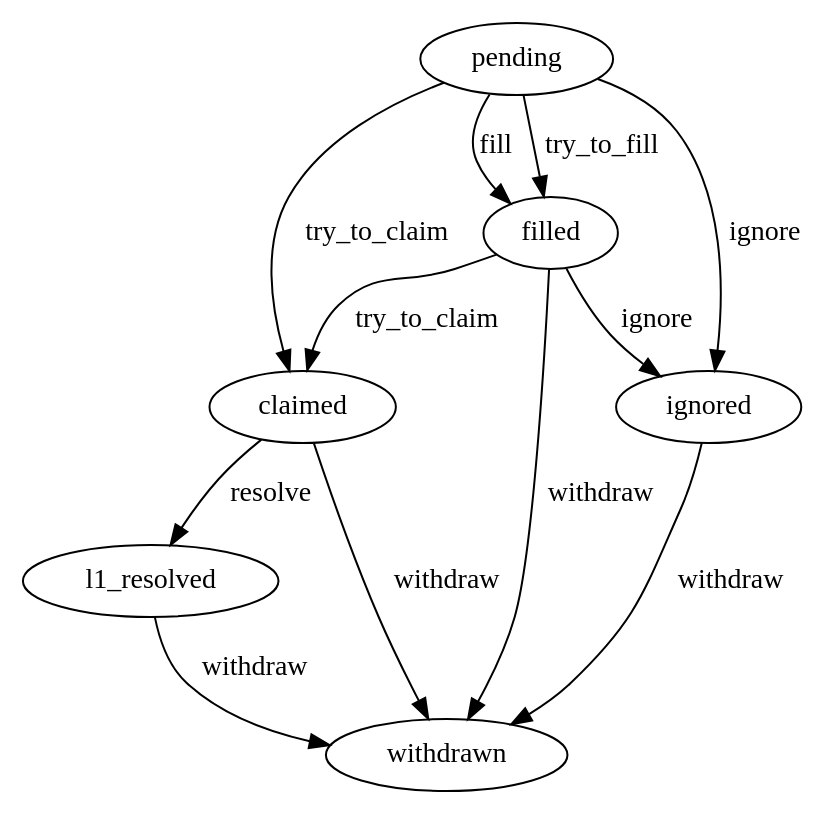
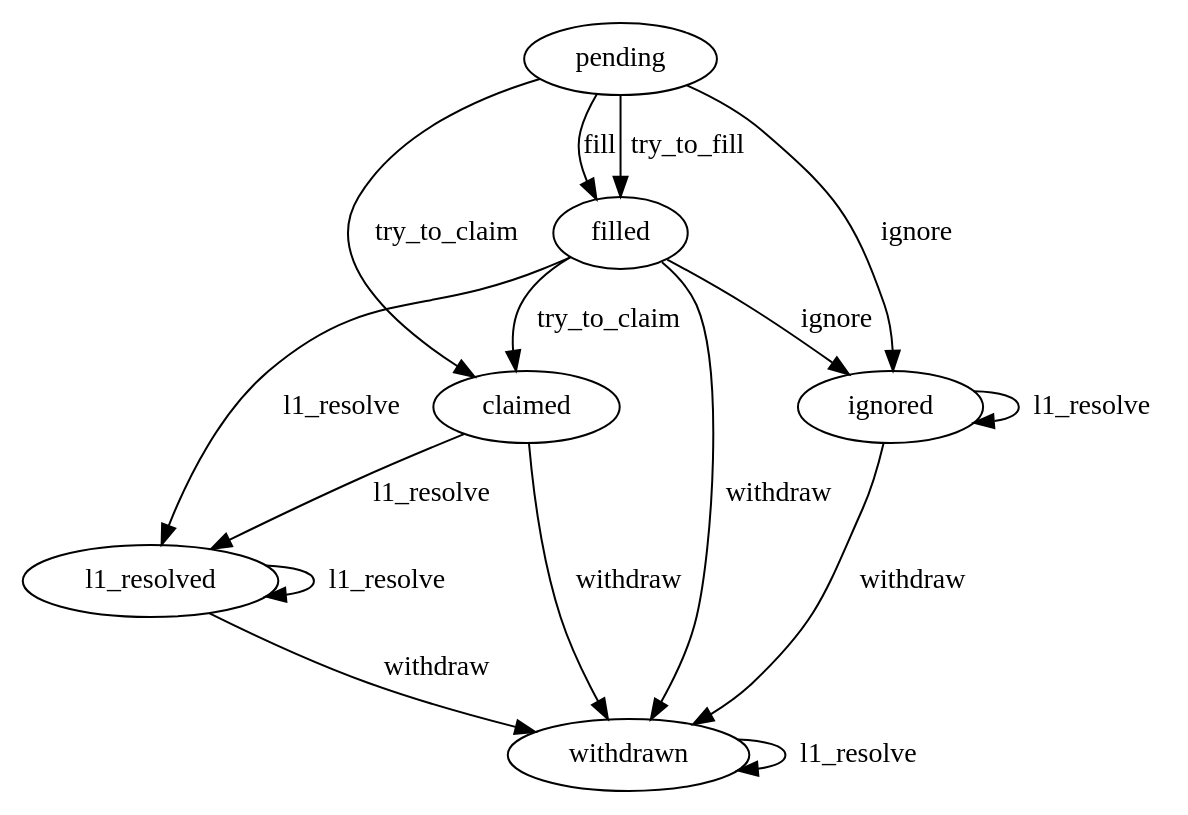
Before and after one commit to beamer-bridge/beamer: the diagram in docs/source/request_state_machine.dot, drawn with Graphviz.

Commit message:
docs: update request state machine graph

```diff
--- a/docs/source/request_state_machine.dot
+++ b/docs/source/request_state_machine.dot
@@ -1,20 +1,25 @@
 digraph request_state_machine {
     node [] pending, filled, claimed, l1_resolved, withdrawn, ignored;
 
     pending -> filled [label = fill];
     pending -> filled [label = try_to_fill];
     pending -> ignored [label = ignore];
     pending -> claimed [label = try_to_claim];
 
     filled -> claimed [label = try_to_claim];
 
     claimed -> withdrawn [label = withdraw];
-    claimed -> l1_resolved [label = resolve];
+    claimed -> l1_resolved [label = l1_resolve];
 
     l1_resolved -> withdrawn [label = withdraw];
+    l1_resolved -> l1_resolved [label = l1_resolve];
 
     filled -> withdrawn [label = withdraw];
     filled -> ignored [label = ignore];
+    filled -> l1_resolved [label = l1_resolve];
 
     ignored -> withdrawn [label = withdraw];
+
+    ignored -> ignored [label = l1_resolve];
+    withdrawn -> withdrawn [label = l1_resolve];
 }
```
